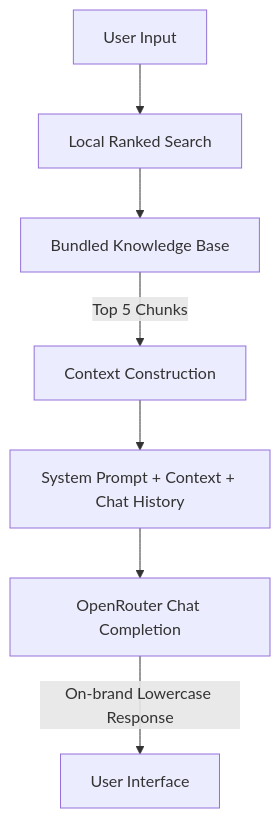
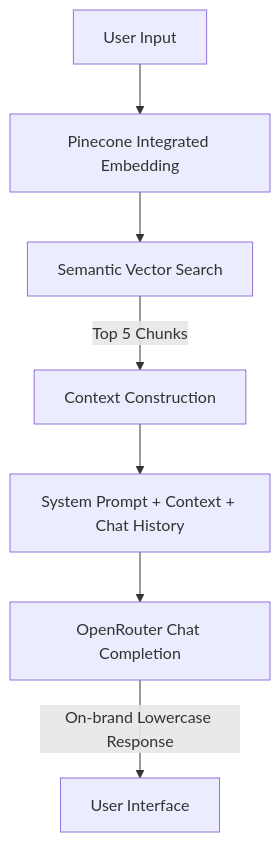
One commit to Protagonist01/aboutface-chatbot-demo changed the diagram in README.md. Above: the diagram before and after it, drawn with Mermaid. The commit also changed other lines of this file and 4 other files, not shown here.

Commit message:
use Pinecone integrated vector search

````diff
--- a/README.md
+++ b/README.md
@@ -42,9 +42,9 @@
 ```mermaid
 graph TD
-    A[User Input] --> B[Local Ranked Search]
-    B --> C[Bundled Knowledge Base]
+    A[User Input] --> B[Pinecone Integrated Embedding]
+    B --> C[Semantic Vector Search]
     C -->|Top 5 Chunks| D[Context Construction]
     D --> E[System Prompt + Context + Chat History]
     E --> F[OpenRouter Chat Completion]
     F -->|On-brand Lowercase Response| G[User Interface]
 ```
````
